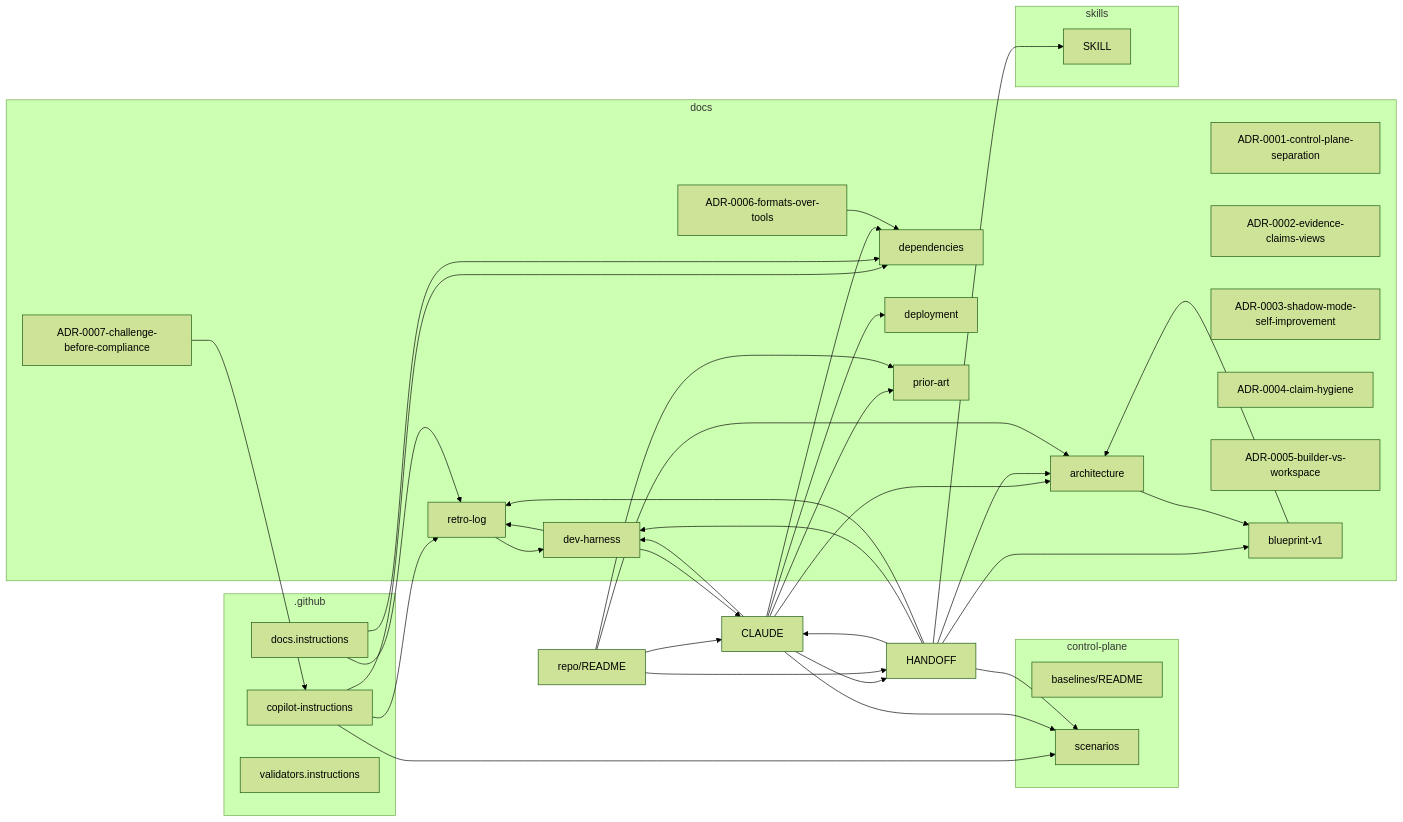
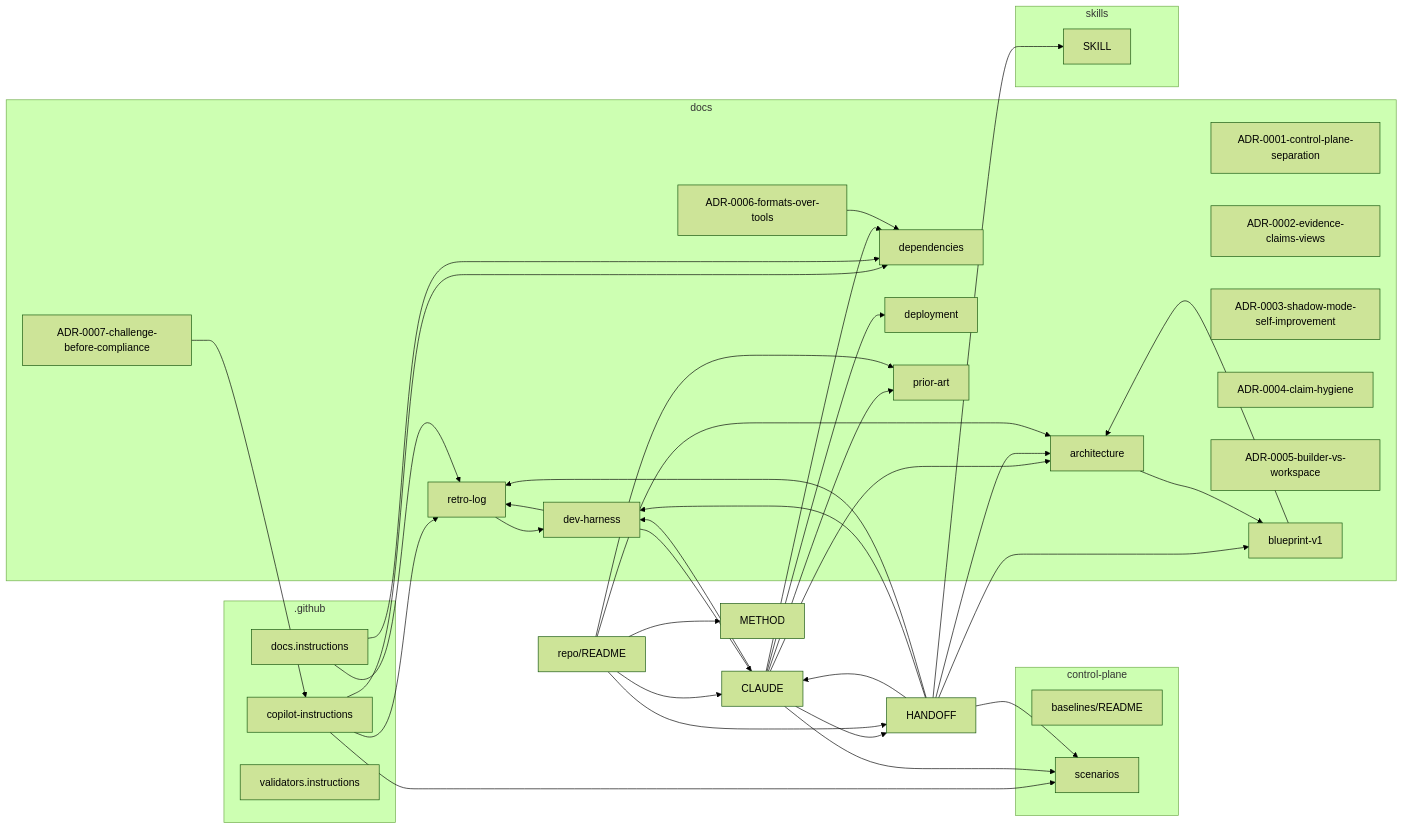
The diagram in docs/mindmap.md (boulaajaj/ai-mise), drawn with Mermaid (forest theme) before and after one commit. The commit also changed other lines of this file and 2 other files, not shown here.

Commit message:
METHOD.md: the kernel on one page (#44)

````diff
--- a/docs/mindmap.md
+++ b/docs/mindmap.md
@@ -7,64 +7,66 @@
 ```mermaid
 graph LR
   subgraph _github_g[.github]
     _github_copilot_instructions_md["copilot-instructions"]
     _github_instructions_docs_instructions_md["docs.instructions"]
     _github_instructions_validators_instructions_md["validators.instructions"]
   end
   subgraph control_plane_g[control-plane]
     control_plane_evaluation_baselines_README_md["baselines/README"]
     control_plane_threat_tests_scenarios_md["scenarios"]
   end
   subgraph docs_g[docs]
     docs_architecture_md["architecture"]
     docs_decisions_ADR_0001_control_plane_separation_md["ADR-0001-control-plane-separation"]
     docs_decisions_ADR_0002_evidence_claims_views_md["ADR-0002-evidence-claims-views"]
     docs_decisions_ADR_0003_shadow_mode_self_improvement_md["ADR-0003-shadow-mode-self-improvement"]
     docs_decisions_ADR_0004_claim_hygiene_md["ADR-0004-claim-hygiene"]
     docs_decisions_ADR_0005_builder_vs_workspace_md["ADR-0005-builder-vs-workspace"]
     docs_decisions_ADR_0006_formats_over_tools_md["ADR-0006-formats-over-tools"]
     docs_decisions_ADR_0007_challenge_before_compliance_md["ADR-0007-challenge-before-compliance"]
     docs_dependencies_md["dependencies"]
     docs_deployment_md["deployment"]
     docs_history_blueprint_v1_md["blueprint-v1"]
     docs_meta_dev_harness_md["dev-harness"]
     docs_meta_retro_log_md["retro-log"]
     docs_prior_art_md["prior-art"]
   end
   CLAUDE_md["CLAUDE"]
   HANDOFF_md["HANDOFF"]
+  METHOD_md["METHOD"]
   README_md["repo/README"]
   subgraph skills_g[skills]
     skills_inspector_SKILL_md["SKILL"]
   end
   _github_copilot_instructions_md --> control_plane_threat_tests_scenarios_md
   _github_copilot_instructions_md --> docs_dependencies_md
   _github_copilot_instructions_md --> docs_meta_retro_log_md
   _github_instructions_docs_instructions_md --> docs_dependencies_md
   _github_instructions_docs_instructions_md --> docs_meta_retro_log_md
   CLAUDE_md --> HANDOFF_md
   CLAUDE_md --> control_plane_threat_tests_scenarios_md
   CLAUDE_md --> docs_architecture_md
   CLAUDE_md --> docs_dependencies_md
   CLAUDE_md --> docs_deployment_md
   CLAUDE_md --> docs_meta_dev_harness_md
   CLAUDE_md --> docs_prior_art_md
   HANDOFF_md --> CLAUDE_md
   HANDOFF_md --> control_plane_threat_tests_scenarios_md
   HANDOFF_md --> docs_architecture_md
   HANDOFF_md --> docs_history_blueprint_v1_md
   HANDOFF_md --> docs_meta_dev_harness_md
   HANDOFF_md --> docs_meta_retro_log_md
   HANDOFF_md --> skills_inspector_SKILL_md
   README_md --> CLAUDE_md
   README_md --> HANDOFF_md
+  README_md --> METHOD_md
   README_md --> docs_architecture_md
   README_md --> docs_prior_art_md
   docs_architecture_md --> docs_history_blueprint_v1_md
   docs_decisions_ADR_0006_formats_over_tools_md --> docs_dependencies_md
   docs_decisions_ADR_0007_challenge_before_compliance_md --> _github_copilot_instructions_md
   docs_history_blueprint_v1_md --> docs_architecture_md
   docs_meta_dev_harness_md --> CLAUDE_md
   docs_meta_dev_harness_md --> docs_meta_retro_log_md
   docs_meta_retro_log_md --> docs_meta_dev_harness_md
 ```
````
